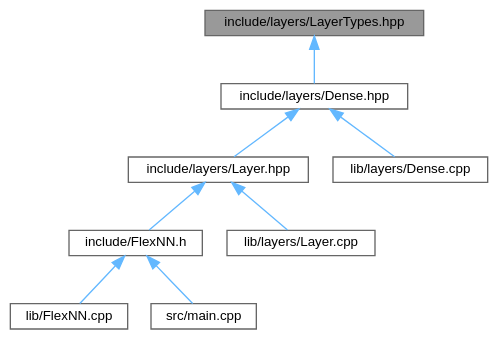
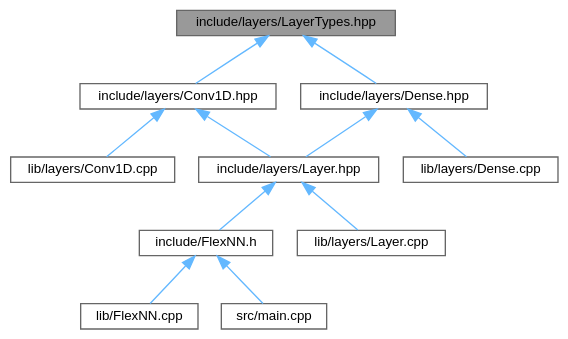
One commit to Nalin-Angrish/FlexNN changed the diagram in LayerTypes_8hpp__dep__incl.dot. Above: the diagram before and after it, drawn with Graphviz. The commit also changed 99 other files, not shown here.

```diff
--- a/LayerTypes_8hpp__dep__incl.dot
+++ b/LayerTypes_8hpp__dep__incl.dot
@@ -1,22 +1,27 @@
 digraph "include/layers/LayerTypes.hpp"
 {
  // LATEX_PDF_SIZE
   bgcolor="transparent";
   edge [fontname=Helvetica,fontsize=10,labelfontname=Helvetica,labelfontsize=10];
   node [fontname=Helvetica,fontsize=10,shape=box,height=0.2,width=0.4];
   Node1 [id="Node000001",label="include/layers/LayerTypes.hpp",height=0.2,width=0.4,color="gray40", fillcolor="grey60", style="filled", fontcolor="black",tooltip="Shared PODs for FlexNN::Layers — LayerType, DType, and per-type Params."];
   Node1 -> Node2 [id="edge1_Node000001_Node000002",dir="back",color="steelblue1",style="solid",tooltip=" "];
-  Node2 [id="Node000002",label="include/layers/Dense.hpp",height=0.2,width=0.4,color="grey40", fillcolor="white", style="filled",URL="$Dense_8hpp.html",tooltip="Dense (fully-connected) layer for FlexNN::Layers."];
+  Node2 [id="Node000002",label="include/layers/Conv1D.hpp",height=0.2,width=0.4,color="grey40", fillcolor="white", style="filled",URL="$Conv1D_8hpp.html",tooltip="1D temporal convolution for FlexNN::Layers."];
   Node2 -> Node3 [id="edge2_Node000002_Node000003",dir="back",color="steelblue1",style="solid",tooltip=" "];
   Node3 [id="Node000003",label="include/layers/Layer.hpp",height=0.2,width=0.4,color="grey40", fillcolor="white", style="filled",URL="$Layer_8hpp.html",tooltip="Type-erased wrapper for FlexNN::Layers — heterogeneous stack without inheritance."];
   Node3 -> Node4 [id="edge3_Node000003_Node000004",dir="back",color="steelblue1",style="solid",tooltip=" "];
   Node4 [id="Node000004",label="include/FlexNN.h",height=0.2,width=0.4,color="grey40", fillcolor="white", style="filled",URL="$FlexNN_8h.html",tooltip="Header for FlexNN neural network (heterogeneous stack via Layers::Layer)."];
   Node4 -> Node5 [id="edge4_Node000004_Node000005",dir="back",color="steelblue1",style="solid",tooltip=" "];
   Node5 [id="Node000005",label="lib/FlexNN.cpp",height=0.2,width=0.4,color="grey40", fillcolor="white", style="filled",URL="$FlexNN_8cpp.html",tooltip="Implements FlexNN::NeuralNetwork with heterogeneous Layers::Layer variant."];
   Node4 -> Node6 [id="edge5_Node000004_Node000006",dir="back",color="steelblue1",style="solid",tooltip=" "];
   Node6 [id="Node000006",label="src/main.cpp",height=0.2,width=0.4,color="grey40", fillcolor="white", style="filled",URL="$main_8cpp.html",tooltip="Main file for the MNIST digit recognition example using FlexNN."];
   Node3 -> Node7 [id="edge6_Node000003_Node000007",dir="back",color="steelblue1",style="solid",tooltip=" "];
   Node7 [id="Node000007",label="lib/layers/Layer.cpp",height=0.2,width=0.4,color="grey40", fillcolor="white", style="filled",URL="$layers_2Layer_8cpp.html",tooltip="Out-of-line helpers for FlexNN::Layers::Layer (currently header-only)."];
   Node2 -> Node8 [id="edge7_Node000002_Node000008",dir="back",color="steelblue1",style="solid",tooltip=" "];
-  Node8 [id="Node000008",label="lib/layers/Dense.cpp",height=0.2,width=0.4,color="grey40", fillcolor="white", style="filled",URL="$Dense_8cpp.html",tooltip="Implements FlexNN::Layers::Dense forward/backward/update."];
+  Node8 [id="Node000008",label="lib/layers/Conv1D.cpp",height=0.2,width=0.4,color="grey40", fillcolor="white", style="filled",URL="$Conv1D_8cpp.html",tooltip="Implements FlexNN::Layers::Conv1D forward/backward/propagate."];
+  Node1 -> Node9 [id="edge8_Node000001_Node000009",dir="back",color="steelblue1",style="solid",tooltip=" "];
+  Node9 [id="Node000009",label="include/layers/Dense.hpp",height=0.2,width=0.4,color="grey40", fillcolor="white", style="filled",URL="$Dense_8hpp.html",tooltip="Dense (fully-connected) layer for FlexNN::Layers."];
+  Node9 -> Node3 [id="edge9_Node000009_Node000003",dir="back",color="steelblue1",style="solid",tooltip=" "];
+  Node9 -> Node10 [id="edge10_Node000009_Node000010",dir="back",color="steelblue1",style="solid",tooltip=" "];
+  Node10 [id="Node000010",label="lib/layers/Dense.cpp",height=0.2,width=0.4,color="grey40", fillcolor="white", style="filled",URL="$Dense_8cpp.html",tooltip="Implements FlexNN::Layers::Dense forward/backward/update."];
 }
```
